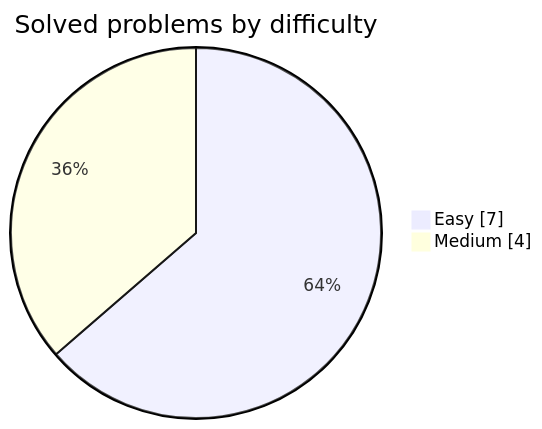
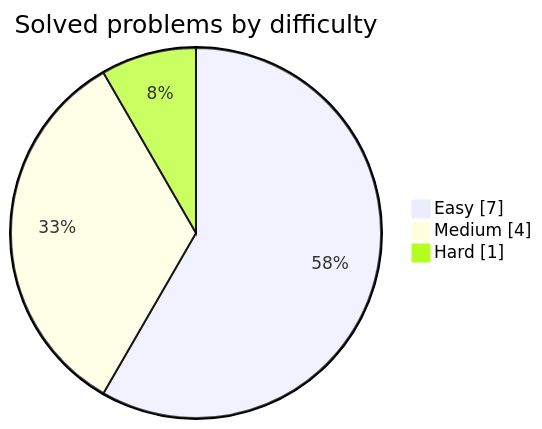
The diagram in README.md (khalifehbasiri/leetcode-solutions), drawn with Mermaid before and after one commit. The commit also changed other lines of this file, not shown here.

````diff
--- a/README.md
+++ b/README.md
@@ -17,6 +17,7 @@
 ```mermaid
 pie showData
     title Solved problems by difficulty
     "Easy" : 7
     "Medium" : 4
+    "Hard" : 1
 ```
````
